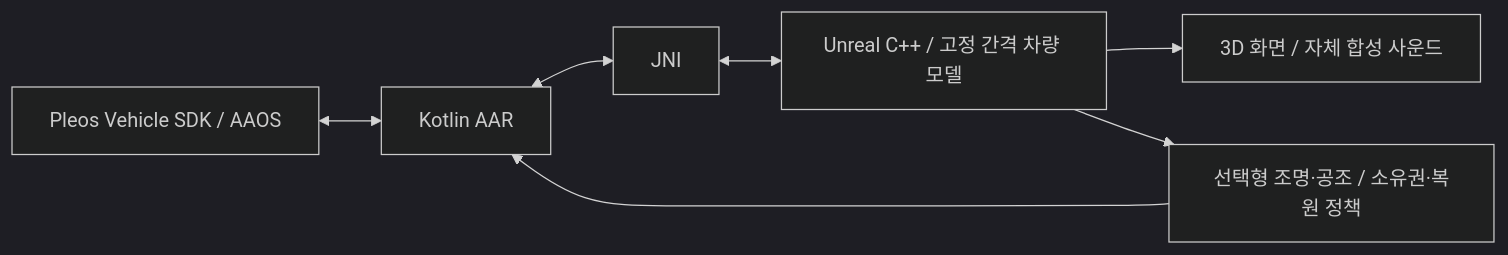
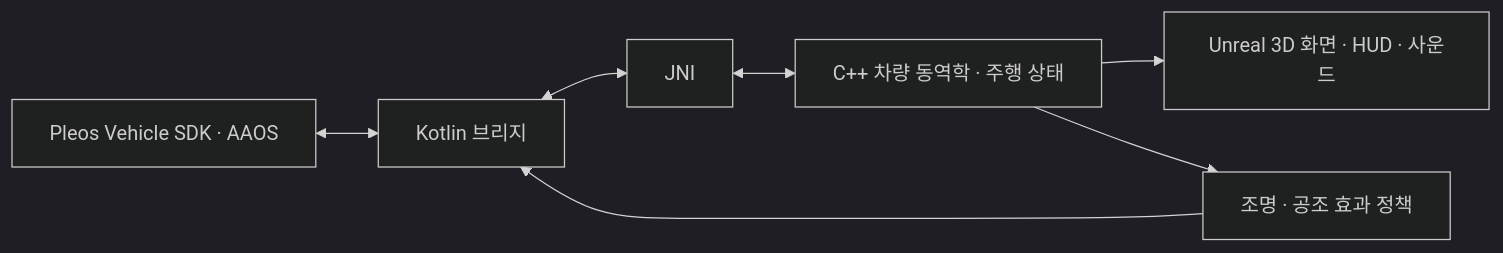
One commit to sanghyeok1000/hyundai-project changed the diagram in README.md. Above: the diagram before and after it, drawn with Mermaid (dark theme). The commit also changed other lines of this file and 31 other files, not shown here.

````diff
--- a/README.md
+++ b/README.md
@@ -39,9 +133,9 @@
 ```mermaid
 flowchart LR
-  V[Pleos Vehicle SDK / AAOS] <--> K[Kotlin AAR]
-  K <--> J[JNI]
-  J <--> U[Unreal C++ / 고정 간격 차량 모델]
-  U --> R[3D 화면 / 자체 합성 사운드]
-  U --> E[선택형 조명·공조 / 소유권·복원 정책]
-  E --> K
+    A[Pleos Vehicle SDK · AAOS] <--> B[Kotlin 브리지]
+    B <--> C[JNI]
+    C <--> D[C++ 차량 동역학 · 주행 상태]
+    D --> E[Unreal 3D 화면 · HUD · 사운드]
+    D --> F[조명 · 공조 효과 정책]
+    F --> B
 ```
````
